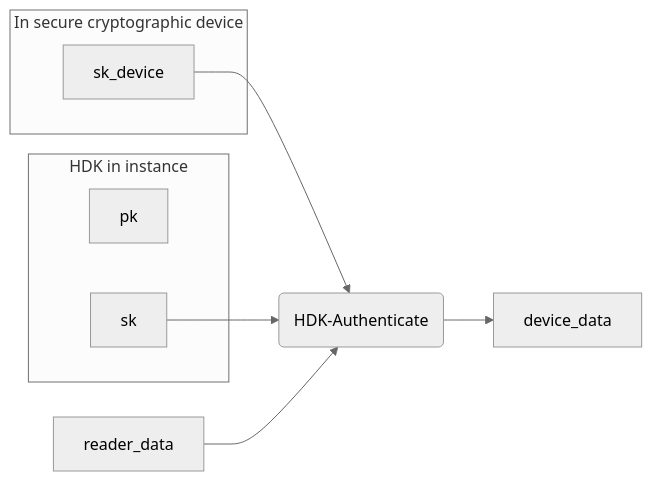
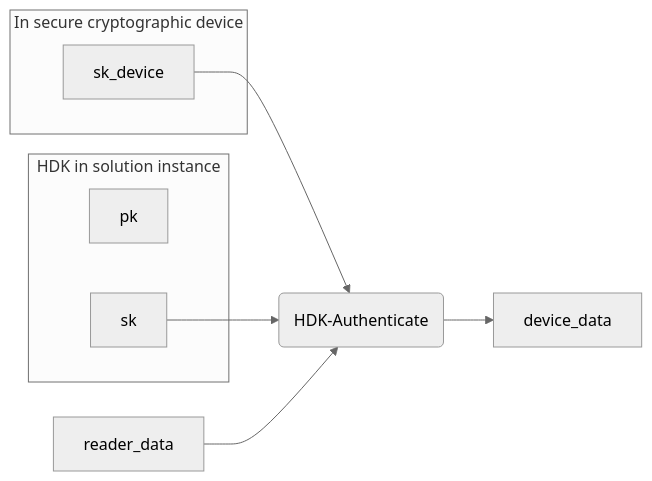
The second of 2 diagrams in keys.md (sander/hierarchical-deterministic-keys), drawn with Mermaid (neutral theme) before and after one commit. The commit also changed other lines of this file, not shown here.

Commit message:
Clarify solution instance and HDK instantiation (#35)

````diff
--- a/keys.md
+++ b/keys.md
@@ -80,14 +82,14 @@
 ```mermaid
 flowchart LR
 subgraph In secure cryptographic device
   sk_device
 end
-subgraph HDK in instance
+subgraph HDK in solution instance
   pk
   sk
 end
 sk_device --> authenticate
 sk --> authenticate
 reader_data --> authenticate
 authenticate("HDK-Authenticate") --> device_data
 ```
````
